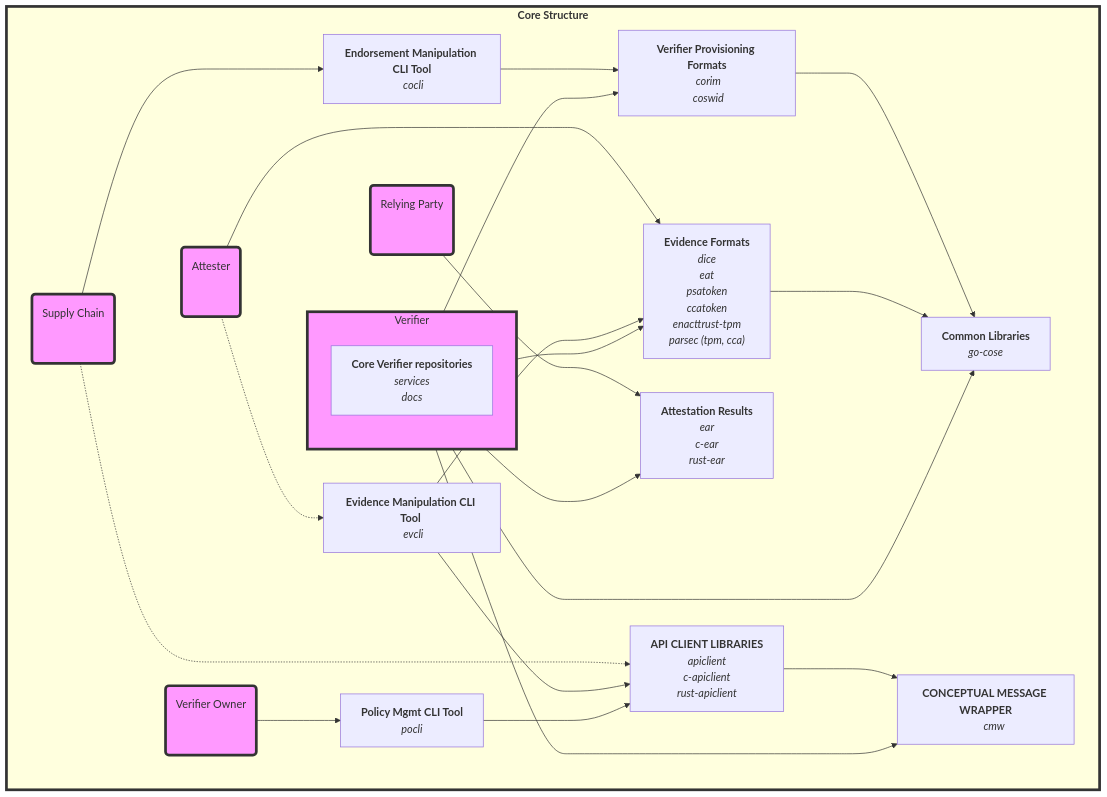
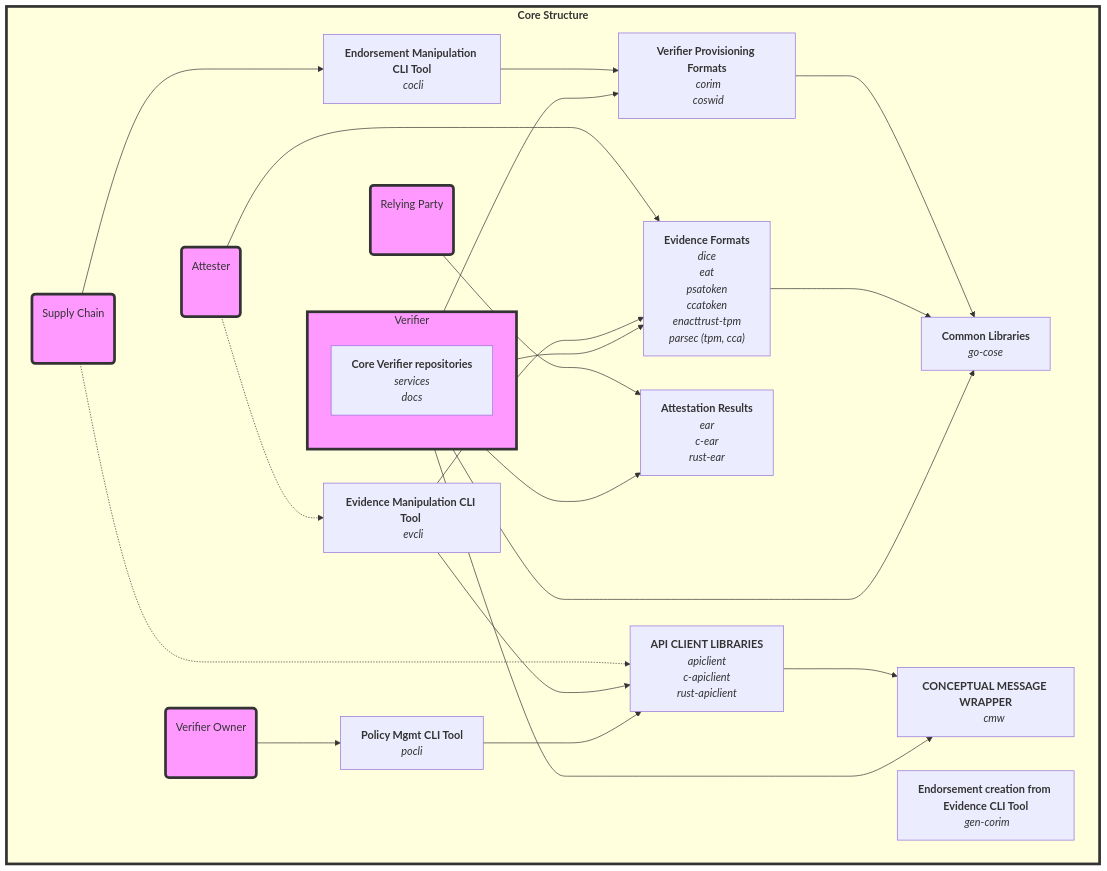
The second of 3 diagrams in repo-guide.md (veraison/docs), drawn with Mermaid before and after one commit. The commit also changed other lines of this file, not shown here.

Commit message:
Add gen-corim

```diff
--- a/repo-guide.md
+++ b/repo-guide.md
@@ -105,6 +108,9 @@
 
 COCLI["<b>Endorsement Manipulation CLI Tool</b>
  <i>cocli</i>"]
+
+GEN-CORIM["<b>Endorsement creation from Evidence CLI Tool</b>
+ <i>gen-corim</i>"]
 
 VPF["<b>Verifier Provisioning Formats</b>
  <i>corim</i>
```
